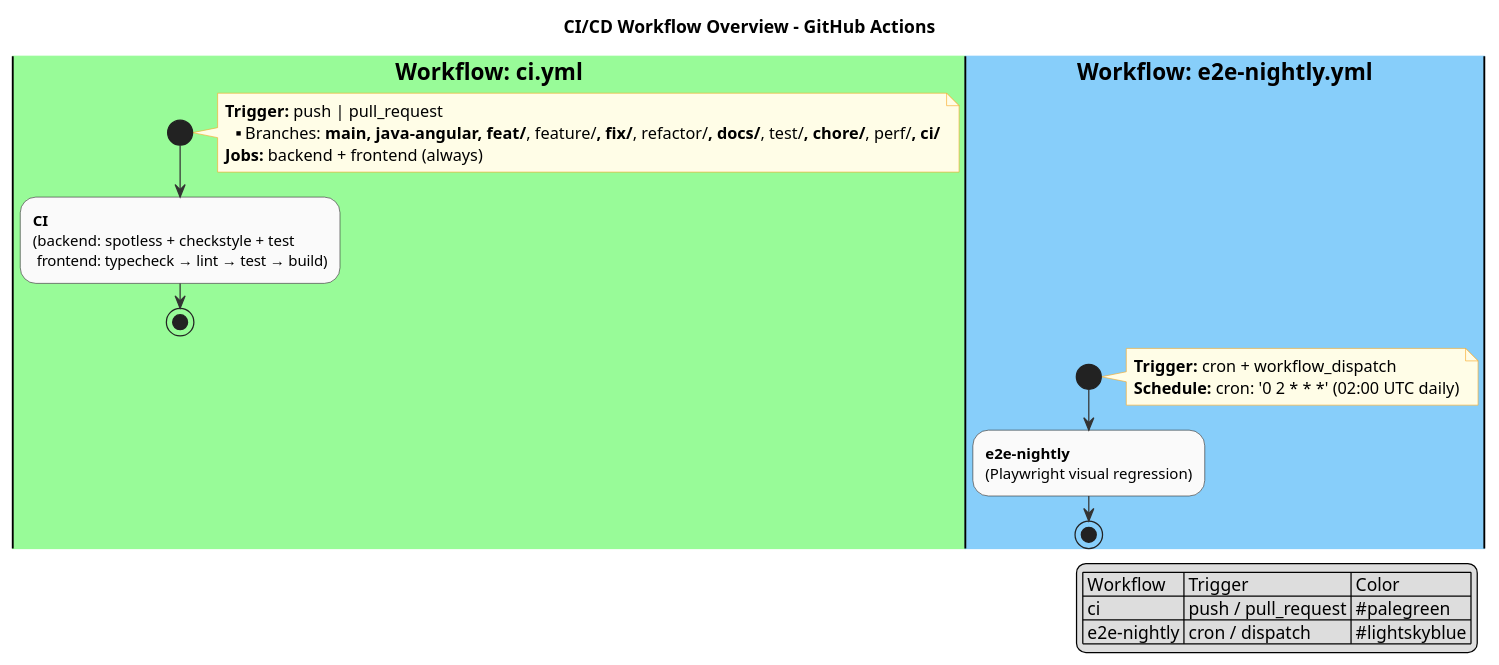
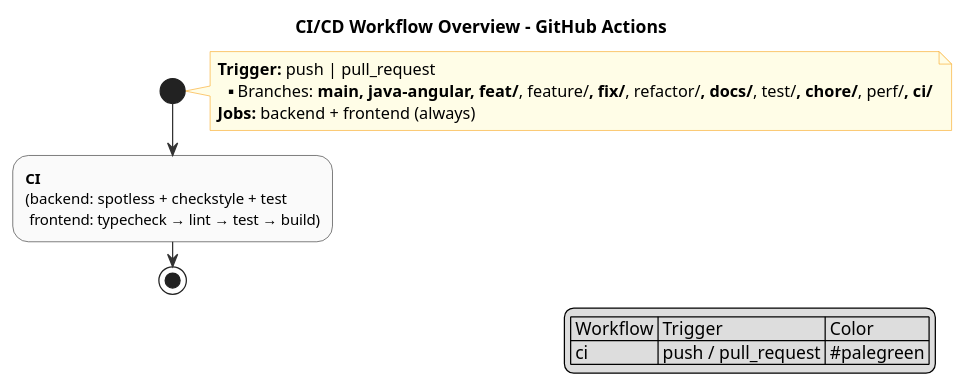
The diagram in docs/developer/cicd/cicd-workflow.puml (felixzhu97/explore-ai), drawn with PlantUML before and after one commit. The commit also changed 12 other files, not shown here.

```diff
--- a/docs/developer/cicd/cicd-workflow.puml
+++ b/docs/developer/cicd/cicd-workflow.puml
@@ -1,41 +1,30 @@
 @startuml cicd-workflow
 !pragma activityFlow
 skinparam activityBackgroundColor #FAFAFA
 skinparam activityBorderColor #333333
 skinparam activityDiamondBackgroundColor #F0F0F0
 skinparam activityDiamondBorderColor #333333
 skinparam arrowColor #333333
 skinparam noteBackgroundColor #FFFDE7
 skinparam noteBorderColor #F9A825
 skinparam packageStyle rectangle
 
 title CI/CD Workflow Overview - GitHub Actions
 
 |#palegreen|**Workflow: ci.yml**|
 start
 note right
 **Trigger:** push | pull_request
 **Branches:** main, java-angular, feat/**, feature/**, fix/**, refactor/**, docs/**, test/**, chore/**, perf/**, ci/**
 **Jobs:** backend + frontend (always)
 end note
 :**CI**
 (backend: spotless + checkstyle + test
  frontend: typecheck → lint → test → build);
 stop
 
-|#lightskyblue|**Workflow: e2e-nightly.yml**|
-start
-note right
-**Trigger:** cron + workflow_dispatch
-**Schedule:** cron: '0 2 * * *' (02:00 UTC daily)
-end note
-:**e2e-nightly**
-(Playwright visual regression);
-stop
-
 legend right
 | Workflow | Trigger | Color |
 | ci | push / pull_request | #palegreen |
-| e2e-nightly | cron / dispatch | #lightskyblue |
 endlegend
 @enduml
```
